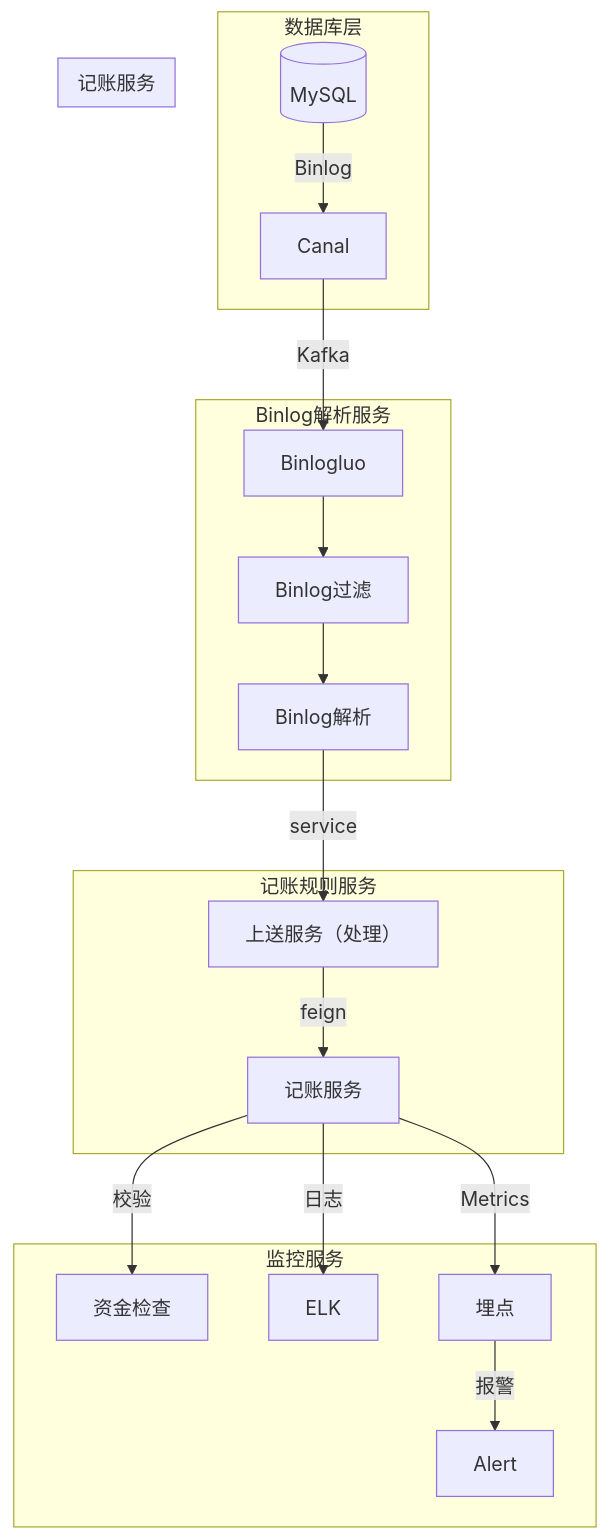
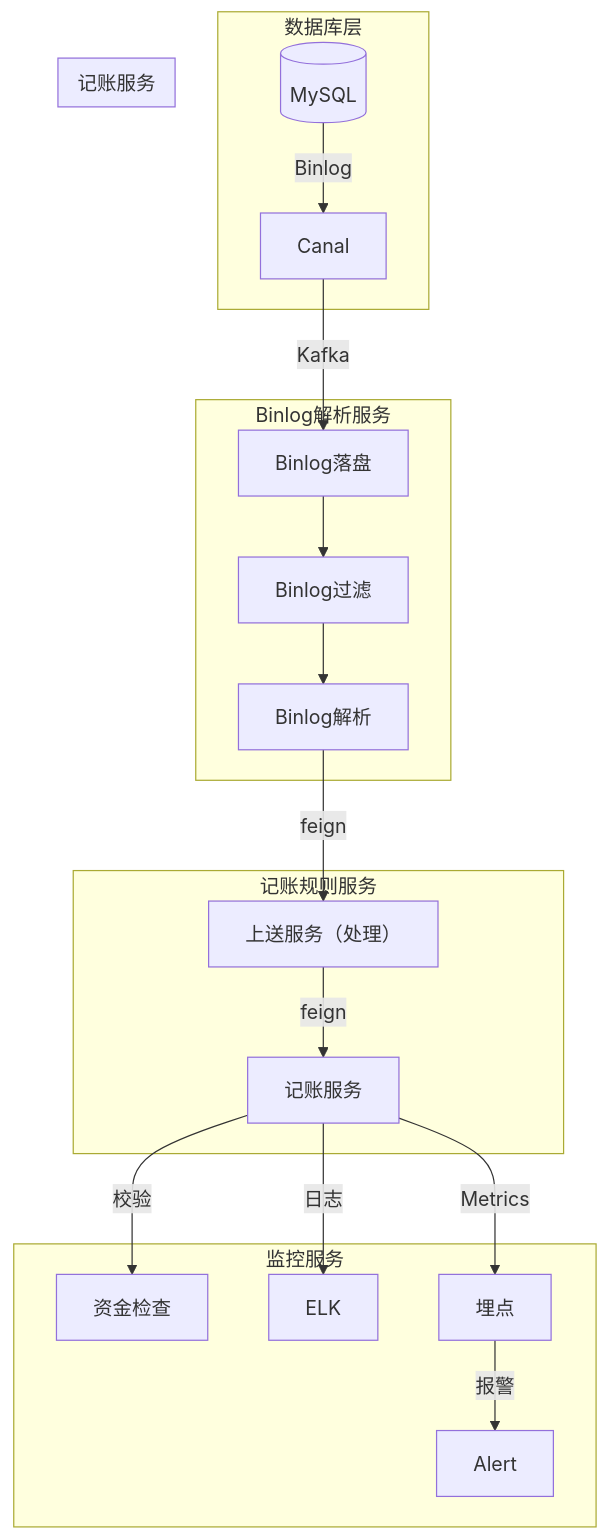
The diagram in all/记账架构图.md (87828943/iodraw-files), drawn with Mermaid before and after one commit.

Commit message:
2025-07-07 14:44:14 update

````diff
--- a/all/记账架构图.md
+++ b/all/记账架构图.md
@@ -1,24 +1,24 @@
 ```mermaid
 graph TB
     subgraph 数据库层
         DB[(MySQL)] -->|Binlog| Canal
     end
     subgraph Binlog解析服务
-        Canal -->|Kafka| Parser[Binlogluo]
+        Canal -->|Kafka| Parser[Binlog落盘]
         Parser --> Parser1[Binlog过滤]
         Parser1 --> Parser2[Binlog解析]
     end
     subgraph 记账规则服务
-        Parser2 -->|service| Engine[上送服务（处理）]
+        Parser2 -->|feign| Engine[上送服务（处理）]
         Engine -->|feign| Accounting[记账服务]
     end
     subgraph 记账服务
        
     end
     subgraph 监控服务
         Accounting --> |校验| 资金检查
         Accounting -->|日志| ELK
         Accounting -->|Metrics| 埋点
         埋点 -->|报警| Alert
     end
 ```
````
